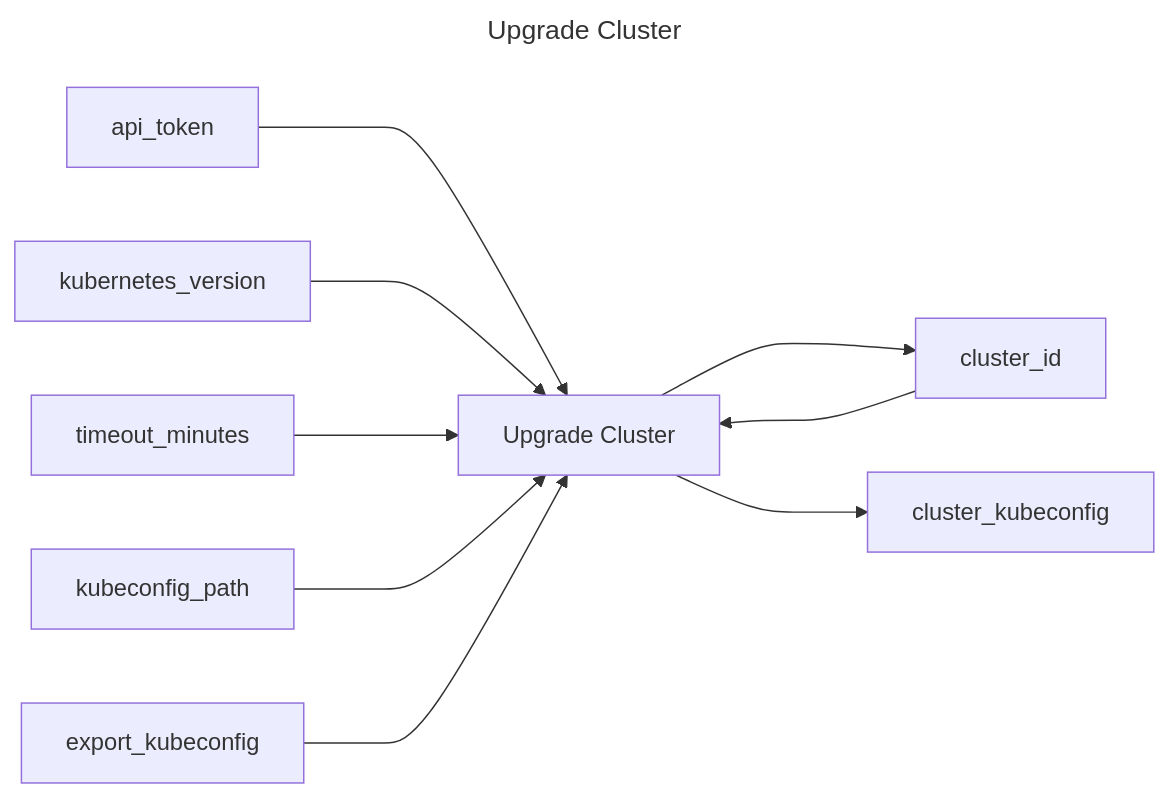
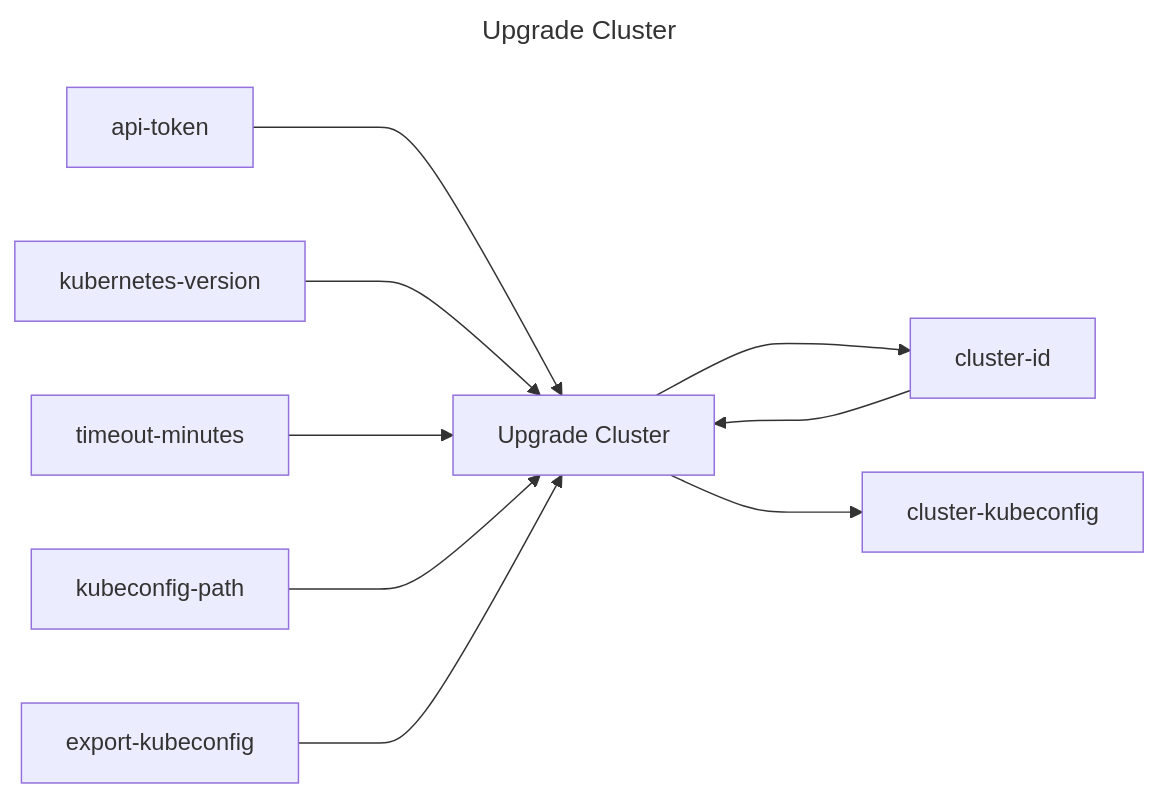
The diagram in upgrade-cluster/README.md (replicatedhq/replicated-actions), drawn with Mermaid before and after one commit. The commit also changed 12 other files, not shown here.

````diff
--- a/upgrade-cluster/README.md
+++ b/upgrade-cluster/README.md
@@ -3,15 +3,23 @@
 ```mermaid
 ---
 title: Upgrade Cluster
 ---
 graph LR
 upgrade_cluster["Upgrade Cluster"]
+api_token["api-token"]
+cluster_id["cluster-id"]
+kubernetes_version["kubernetes-version"]
+timeout_minutes["timeout-minutes"]
+kubeconfig_path["kubeconfig-path"]
+export_kubeconfig["export-kubeconfig"]
+cluster_id["cluster-id"]
+cluster_kubeconfig["cluster-kubeconfig"]
 api_token ---> upgrade_cluster
 cluster_id ---> upgrade_cluster
 kubernetes_version ---> upgrade_cluster
 timeout_minutes ---> upgrade_cluster
 kubeconfig_path ---> upgrade_cluster
 export_kubeconfig ---> upgrade_cluster
 upgrade_cluster ---> cluster_id
 upgrade_cluster ---> cluster_kubeconfig
 ```
````
